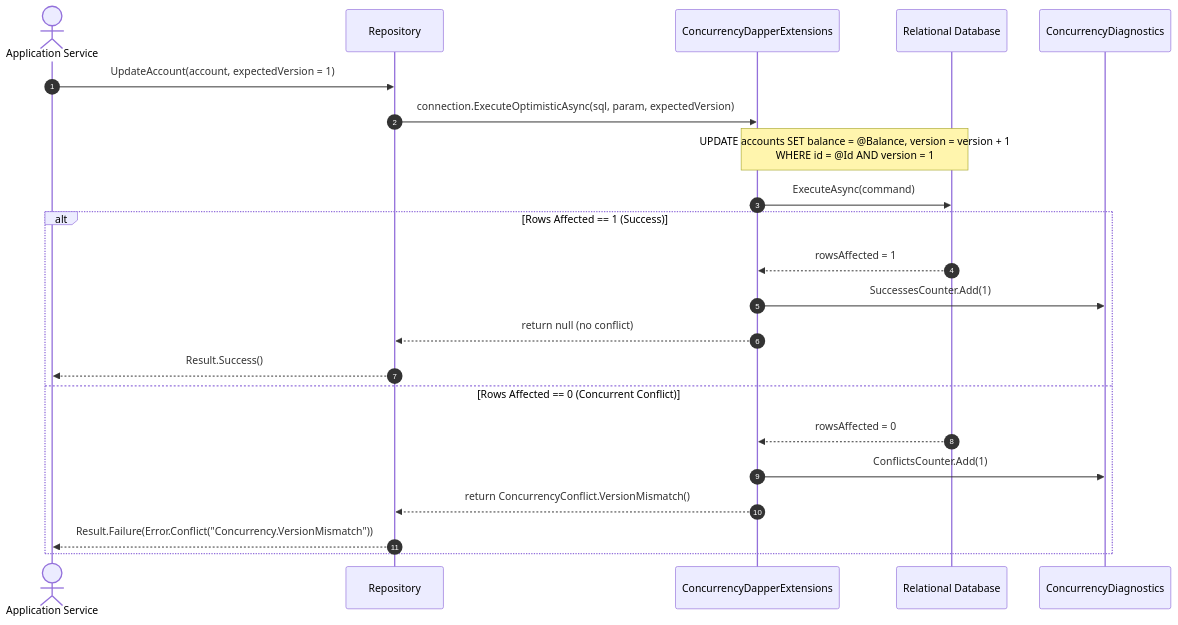
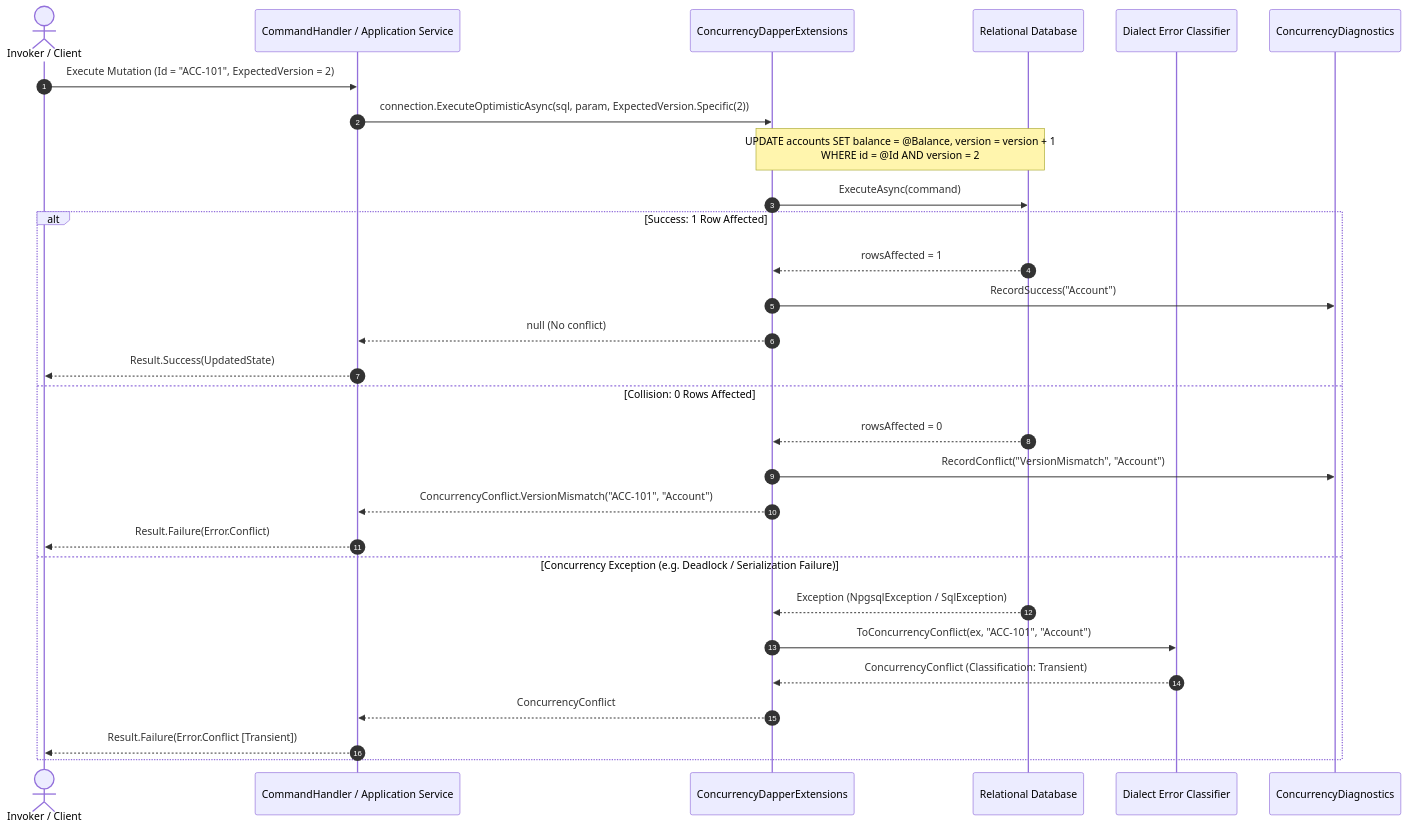
One commit to ericksonlopezf/dotnet-concurrency changed the fourth of 9 diagrams in docs/architecture-flow.md. Above: the diagram before and after it, drawn with Mermaid. The commit also changed other lines of this file and 155 other files, not shown here.

Commit message:
in-memory CAS concurrency hardening, reentrancy guards and dialect alignments

````diff
--- a/docs/architecture-flow.md
+++ b/docs/architecture-flow.md
@@ -101,27 +224,34 @@
 ```mermaid
 sequenceDiagram
     autonumber
-    actor Service as Application Service
-    participant Repo as Repository
+    actor Client as Invoker / Client
+    participant Handler as CommandHandler / Application Service
     participant Dapper as ConcurrencyDapperExtensions
     participant DB as Relational Database
+    participant Classifier as Dialect Error Classifier
     participant Diag as ConcurrencyDiagnostics
 
-    Service->>Repo: UpdateAccount(account, expectedVersion = 1)
-    Repo->>Dapper: connection.ExecuteOptimisticAsync(sql, param, expectedVersion)
+    Client->>Handler: Execute Mutation (Id = "ACC-101", ExpectedVersion = 2)
+    Handler->>Dapper: connection.ExecuteOptimisticAsync(sql, param, ExpectedVersion.Specific(2))
     
-    Note over Dapper,DB: UPDATE accounts SET balance = @Balance, version = version + 1<br/>WHERE id = @Id AND version = 1;
+    Note over Dapper,DB: UPDATE accounts SET balance = @Balance, version = version + 1<br/>WHERE id = @Id AND version = 2;
     Dapper->>DB: ExecuteAsync(command)
     
-    alt Rows Affected == 1 (Success)
+    alt Success: 1 Row Affected
         DB-->>Dapper: rowsAffected = 1
-        Dapper->>Diag: SuccessesCounter.Add(1)
-        Dapper-->>Repo: return null (no conflict)
-        Repo-->>Service: Result.Success()
-    else Rows Affected == 0 (Concurrent Conflict)
+        Dapper->>Diag: RecordSuccess("Account")
+        Dapper-->>Handler: null (No conflict)
+        Handler-->>Client: Result.Success(UpdatedState)
+    else Collision: 0 Rows Affected
         DB-->>Dapper: rowsAffected = 0
-        Dapper->>Diag: ConflictsCounter.Add(1)
-        Dapper-->>Repo: return ConcurrencyConflict.VersionMismatch()
-        Repo-->>Service: Result.Failure(Error.Conflict("Concurrency.VersionMismatch"))
+        Dapper->>Diag: RecordConflict("VersionMismatch", "Account")
+        Dapper-->>Handler: ConcurrencyConflict.VersionMismatch("ACC-101", "Account")
+        Handler-->>Client: Result.Failure(Error.Conflict)
+    else Concurrency Exception (e.g. Deadlock / Serialization Failure)
+        DB-->>Dapper: Exception (NpgsqlException / SqlException)
+        Dapper->>Classifier: ToConcurrencyConflict(ex, "ACC-101", "Account")
+        Classifier-->>Dapper: ConcurrencyConflict (Classification: Transient)
+        Dapper-->>Handler: ConcurrencyConflict
+        Handler-->>Client: Result.Failure(Error.Conflict [Transient])
     end
 ```
````
